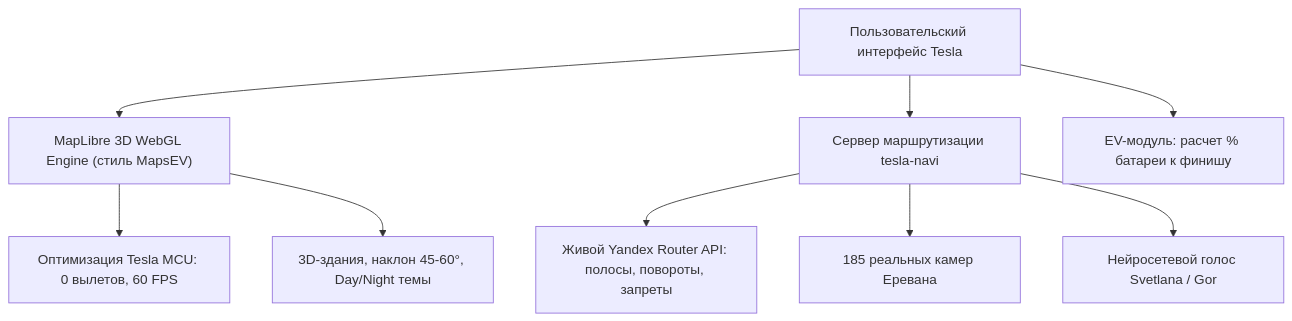
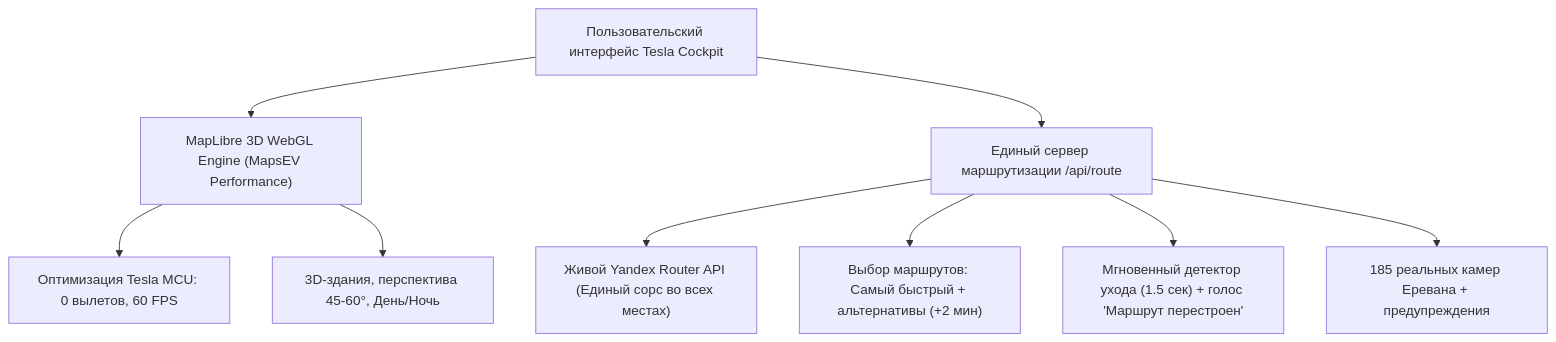
Before and after one commit to stepanssmbatyan94/tesla-navi: the diagram in docs/HYBRID_NAVIGATION_ROADMAP.md, drawn with Mermaid. The commit also changed other lines of this file and 4 other files, not shown here.

Commit message:
feat(nav): instant off-route rerouting, yandex alternative cards & single routing source

````diff
--- a/docs/HYBRID_NAVIGATION_ROADMAP.md
+++ b/docs/HYBRID_NAVIGATION_ROADMAP.md
@@ -10,11 +11,11 @@
 ```mermaid
 graph TD
-    A["Пользовательский интерфейс Tesla"] --> B["MapLibre 3D WebGL Engine (стиль MapsEV)"]
+    A["Пользовательский интерфейс Tesla Cockpit"] --> B["MapLibre 3D WebGL Engine (MapsEV Performance)"]
     B --> C["Оптимизация Tesla MCU: 0 вылетов, 60 FPS"]
-    B --> D["3D-здания, наклон 45-60°, Day/Night темы"]
-    A --> E["Сервер маршрутизации tesla-navi"]
-    E --> F["Живой Yandex Router API: полосы, повороты, запреты"]
-    E --> G["185 реальных камер Еревана"]
-    E --> H["Нейросетевой голос Svetlana / Gor"]
-    A --> I["EV-модуль: расчет % батареи к финишу"]
+    B --> D["3D-здания, перспектива 45-60°, День/Ночь"]
+    A --> E["Единый сервер маршрутизации /api/route"]
+    E --> F["Живой Yandex Router API (Единый сорс во всех местах)"]
+    E --> G["Выбор маршрутов: Самый быстрый + альтернативы (+2 мин)"]
+    E --> H["Мгновенный детектор ухода (1.5 сек) + голос 'Маршрут перестроен'"]
+    E --> I["185 реальных камер Еревана + предупреждения"]
 ```
````
